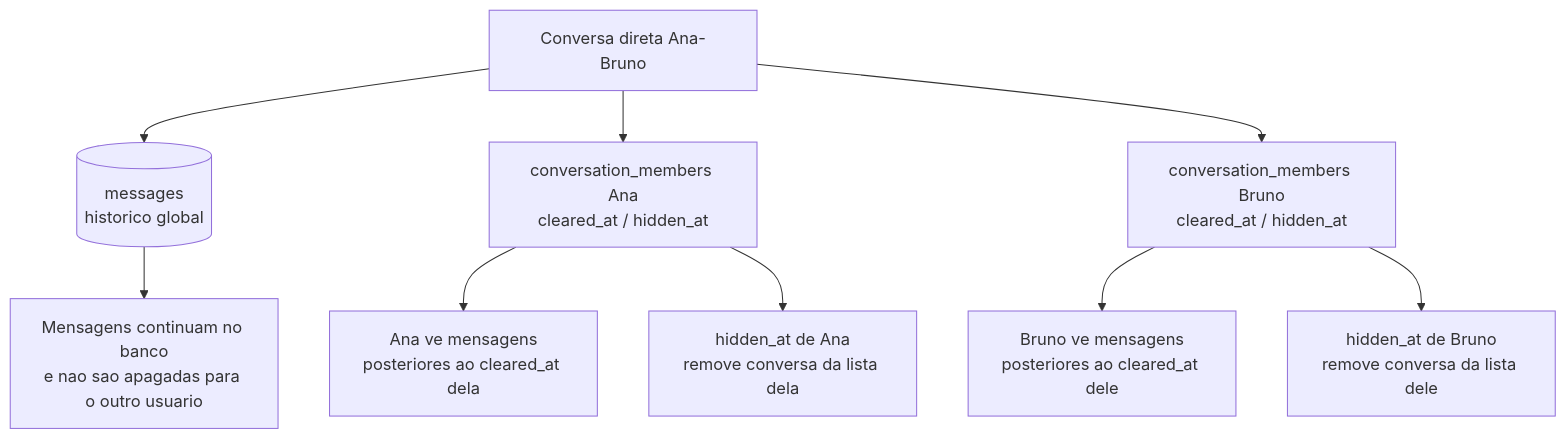
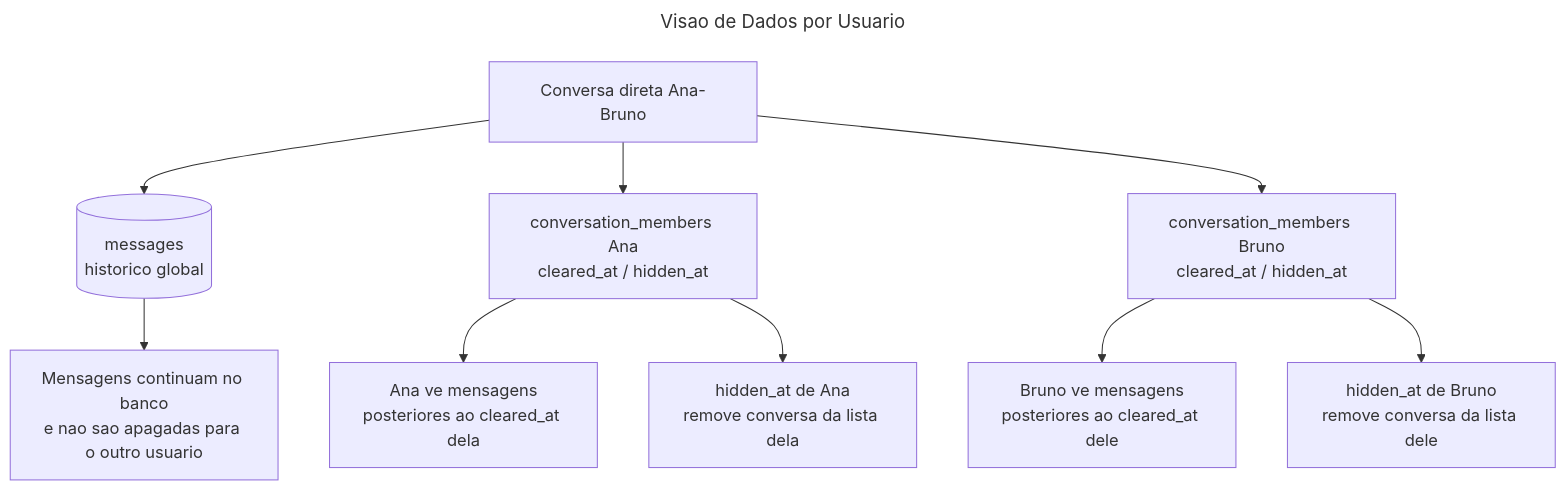
One commit to jvmr1/chat-distribuido changed the ninth of 10 diagrams in docs/diagrams.md. Above: the diagram before and after it, drawn with Mermaid. The commit also changed other lines of this file and 13 other files, not shown here.

Commit message:
diagramas

````diff
--- a/docs/diagrams.md
+++ b/docs/diagrams.md
@@ -203,19 +236,22 @@
 ```mermaid
+---
+title: Visao de Dados por Usuario
+---
 flowchart TD
   C[Conversa direta Ana-Bruno]
   M[(messages\nhistorico global)]
   CM_A[conversation_members Ana\ncleared_at / hidden_at]
   CM_B[conversation_members Bruno\ncleared_at / hidden_at]
 
   C --> M
   C --> CM_A
   C --> CM_B
 
   CM_A --> ViewA[Ana ve mensagens\nposteriores ao cleared_at dela]
   CM_B --> ViewB[Bruno ve mensagens\nposteriores ao cleared_at dele]
 
   CM_A --> HideA[hidden_at de Ana\nremove conversa da lista dela]
   CM_B --> HideB[hidden_at de Bruno\nremove conversa da lista dele]
 
   M --> Persist[Mensagens continuam no banco\ne nao sao apagadas para o outro usuario]
 ```
````
